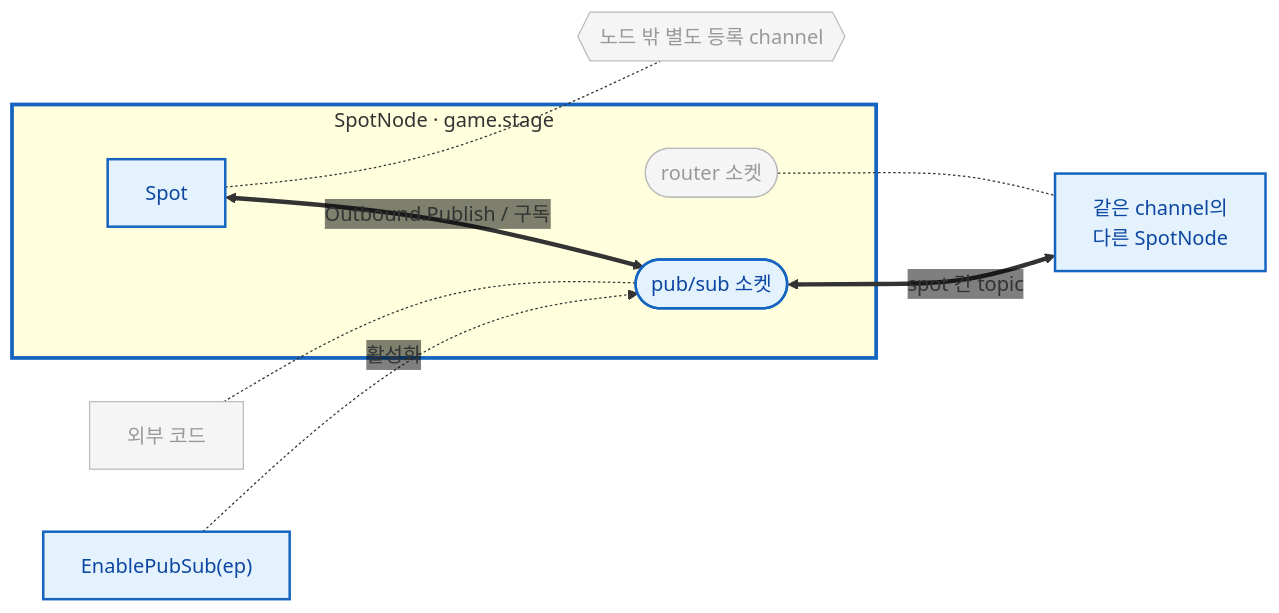
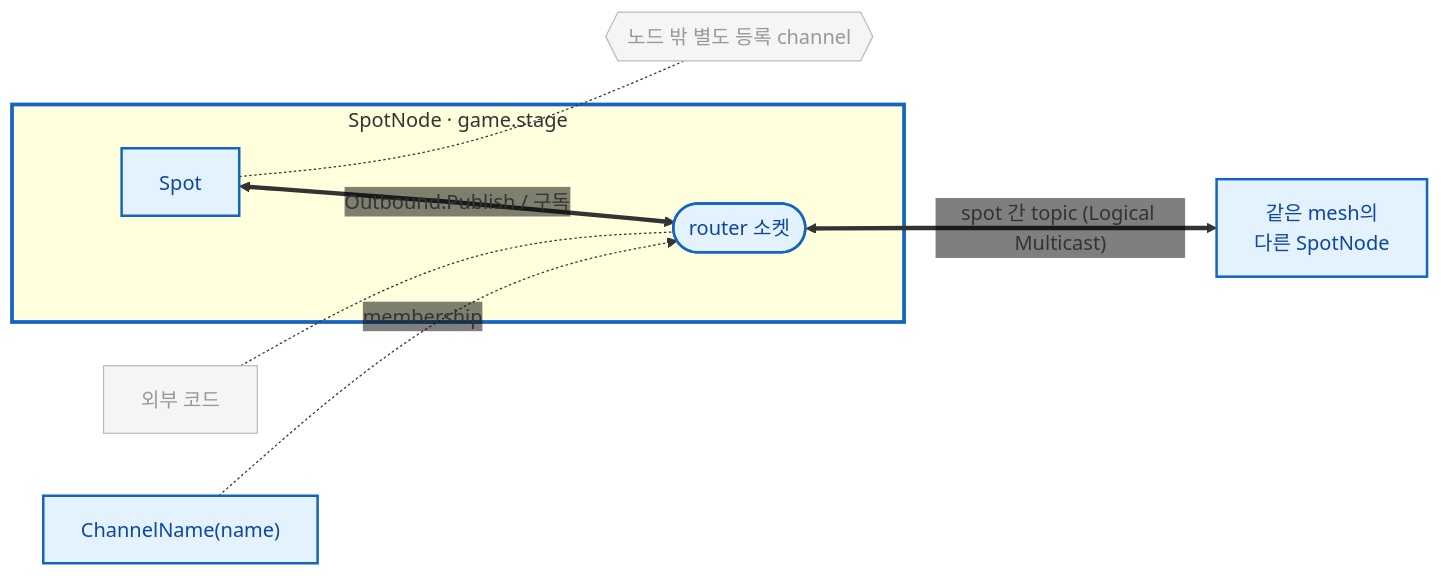
One commit to kairos-code-dev/zlink changed the fourth of 8 diagrams in framework/doc/framework/dotnet/guide/06-spot.ko.md. Above: the diagram before and after it, drawn with Mermaid. The commit also changed other lines of this file and 7 other files, not shown here.

````diff
--- a/framework/doc/framework/dotnet/guide/06-spot.ko.md
+++ b/framework/doc/framework/dotnet/guide/06-spot.ko.md
@@ -222,23 +220,21 @@
 ```mermaid
 %%{init: {'themeVariables': {'edgeLabelBackground':'transparent'}}}%%
 flowchart LR
   subgraph node["SpotNode · game.stage"]
     rsock(["router 소켓"])
-    psock(["pub/sub 소켓"])
     spot["Spot"]
   end
-  peer["같은 channel의<br/>다른 SpotNode"]
+  peer["같은 mesh의<br/>다른 SpotNode"]
   ext["외부 코드"]
   chan{{"노드 밖 별도 등록 channel"}}
-  fPubSub["EnablePubSub(ep)"] -. 활성화 .-> psock
-  spot <==>|"Outbound.Publish / 구독"| psock
-  psock <==>|"spot 간 topic"| peer
-  rsock -.- peer
-  ext -.- psock
+  fChannel["ChannelName(name)"] -. membership .-> rsock
+  spot <==>|"Outbound.Publish / 구독"| rsock
+  rsock <==>|"spot 간 topic (Logical Multicast)"| peer
+  ext -.- rsock
   spot -.- chan
   classDef on fill:#e3f2fd,stroke:#1565c0,stroke-width:2px,color:#0d47a1;
   classDef dim fill:#f5f5f5,stroke:#bbbbbb,color:#999999;
-  class fPubSub,psock,peer,spot on;
-  class rsock,ext,chan dim;
+  class fChannel,rsock,peer,spot on;
+  class ext,chan dim;
   style node stroke:#1565c0,stroke-width:3px
 ```
````
